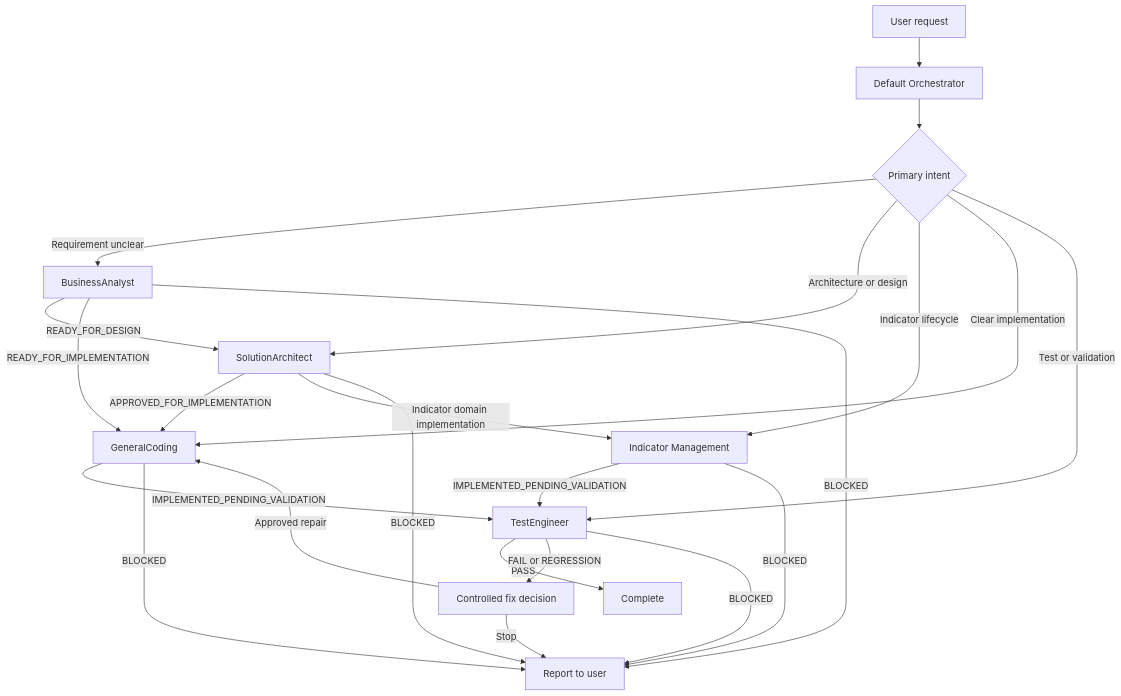
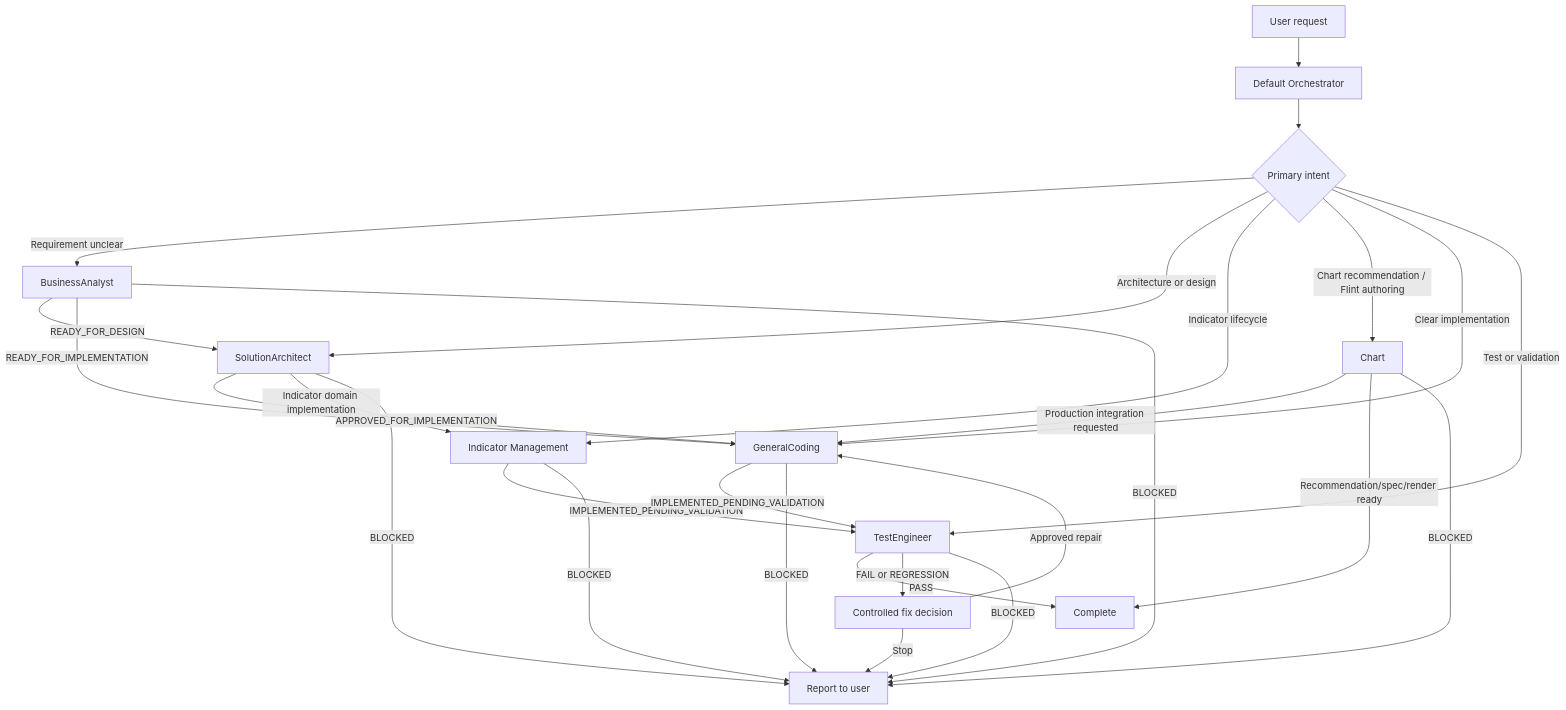
The diagram in .github/copilot-instructions.md (haithanh8x/CherryStock), drawn with Mermaid before and after one commit. The commit also changed other lines of this file and 6 other files, not shown here.

Commit message:
feat(agent): add Chart agent and Flint chart authoring skill

````diff
--- a/.github/copilot-instructions.md
+++ b/.github/copilot-instructions.md
@@ -34,29 +35,33 @@
 ```mermaid
 flowchart TD
     U["User request"] --> O["Default Orchestrator"]
     O --> R{"Primary intent"}
 
     R -->|Requirement unclear| BA["BusinessAnalyst"]
     R -->|Architecture or design| SA["SolutionArchitect"]
     R -->|Indicator lifecycle| IM["Indicator Management"]
+    R -->|Chart recommendation / Flint authoring| CH["Chart"]
     R -->|Clear implementation| GC["GeneralCoding"]
     R -->|Test or validation| TE["TestEngineer"]
 
     BA -->|READY_FOR_DESIGN| SA
     BA -->|READY_FOR_IMPLEMENTATION| GC
     SA -->|APPROVED_FOR_IMPLEMENTATION| GC
     SA -->|Indicator domain implementation| IM
     IM -->|IMPLEMENTED_PENDING_VALIDATION| TE
+    CH -->|Production integration requested| GC
+    CH -->|Recommendation/spec/render ready| DONE
     GC -->|IMPLEMENTED_PENDING_VALIDATION| TE
 
     TE -->|PASS| DONE["Complete"]
     TE -->|FAIL or REGRESSION| FIX["Controlled fix decision"]
     FIX -->|Approved repair| GC
     FIX -->|Stop| STOP["Report to user"]
 
     BA -->|BLOCKED| STOP
     SA -->|BLOCKED| STOP
     IM -->|BLOCKED| STOP
+    CH -->|BLOCKED| STOP
     GC -->|BLOCKED| STOP
     TE -->|BLOCKED| STOP
 ```
````
